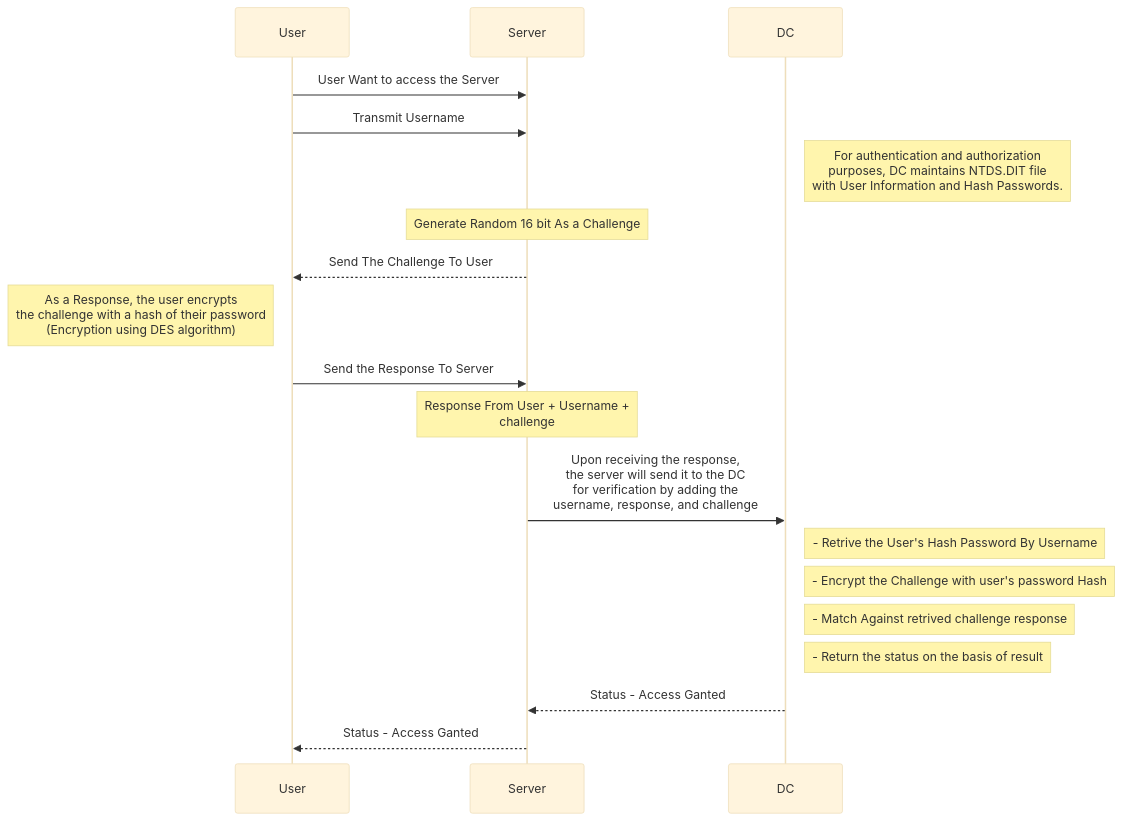
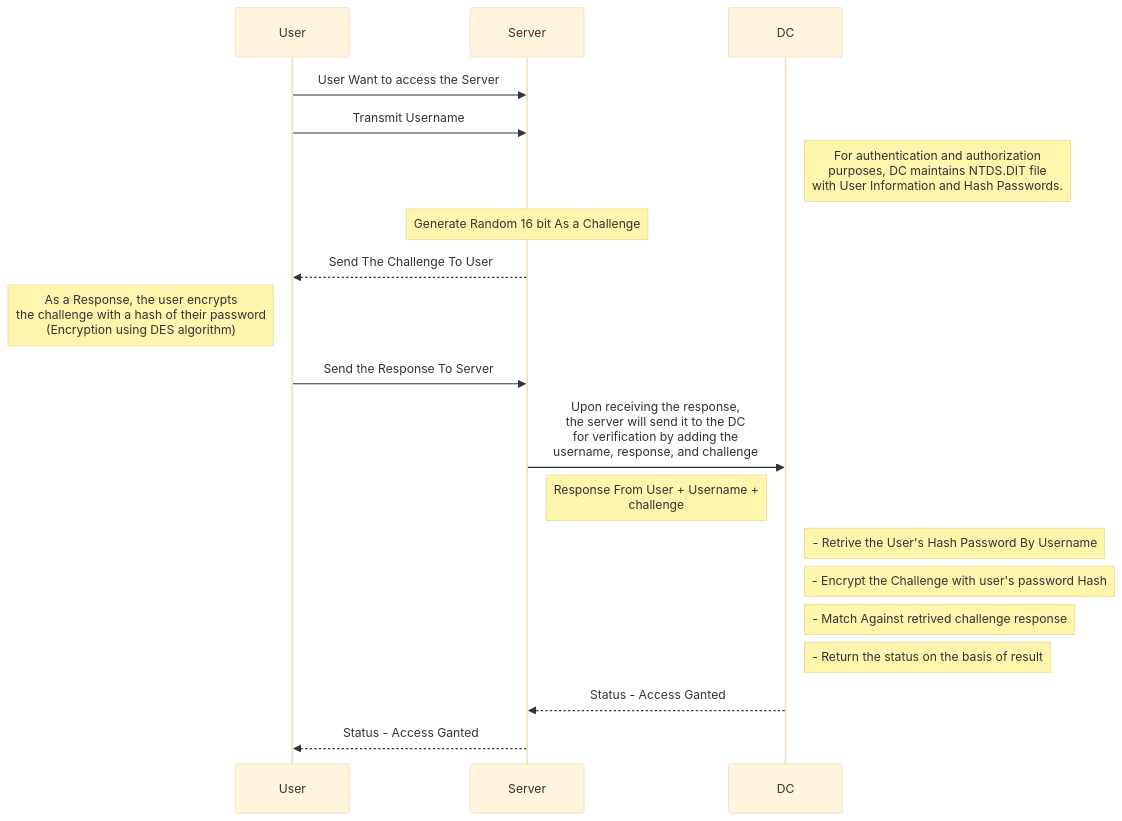
Before and after one commit to IAmRoot0/iamroot0.github.io: the diagram in _posts/2024-06-04-How-NTLMv1-Work.md, drawn with Mermaid (base theme).

Commit message:
new sequence
new sequence

````diff
--- a/_posts/2024-06-04-How-NTLMv1-Work.md
+++ b/_posts/2024-06-04-How-NTLMv1-Work.md
@@ -12,21 +12,21 @@
 ```mermaid
 sequenceDiagram
     participant User
     participant Server
     participant DC
     User->>Server: User Want to access the Server
     User->>Server: Transmit Username
     Note right of DC: For authentication and authorization<br> purposes, DC maintains NTDS.DIT file <br>with User Information and Hash Passwords.
     Note over Server: Generate Random 16 bit As a Challenge
     Server-->>User: Send The Challenge To User
     Note left of User: As a Response, the user encrypts<br> the challenge with a hash of their password<br>(Encryption using DES algorithm)
     User->>Server: Send the Response To Server
-    Note over Server: Response From User + Username + <br> challenge 
     Server->>DC: Upon receiving the response,<br>the server will send it to the DC <br>for verification by adding the <br>username, response, and challenge
+    Note right of Server: Response From User + Username + <br> challenge
     Note right of  DC : - Retrive the User's Hash Password By Username
     Note right of  DC : - Encrypt the Challenge with user's password Hash
     Note right of  DC : - Match Against retrived challenge response
     Note right of  DC : - Return the status on the basis of result
     DC-->>Server: Status - Access Ganted
     Server-->>User: Status - Access Ganted
 ```
````
